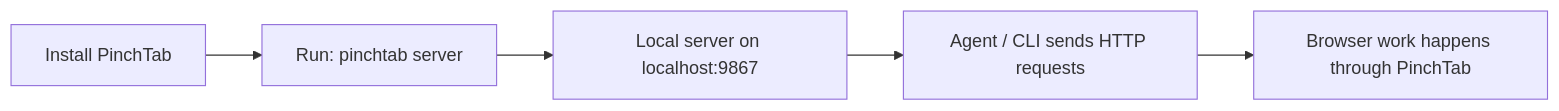
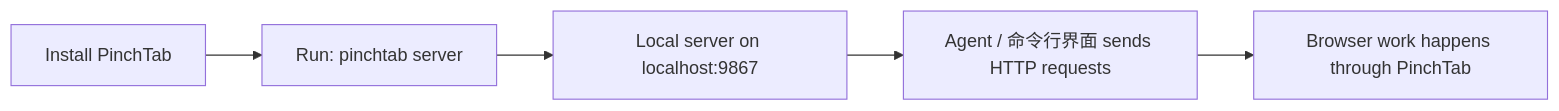
The second of 4 diagrams in docs/architecture/system-charts_zh.md (josephGuo/pinchtab), drawn with Mermaid before and after one commit. The commit also changed other lines of this file and 83 other files, not shown here.

````diff
--- a/docs/architecture/system-charts_zh.md
+++ b/docs/architecture/system-charts_zh.md
@@ -38,7 +38,7 @@
 ```mermaid
 flowchart LR
     I["Install PinchTab"] --> R["Run: pinchtab server"]
     R --> L["Local server on localhost:9867"]
-    L --> A["Agent / CLI sends HTTP requests"]
+    L --> A["Agent / 命令行界面 sends HTTP requests"]
     A --> W["Browser work happens through PinchTab"]
 ```
````
